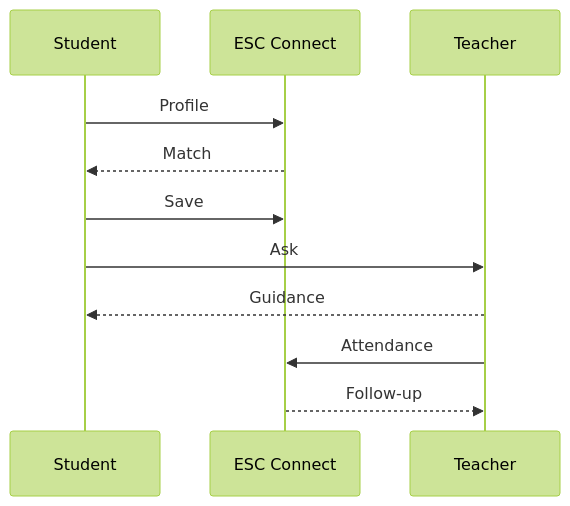
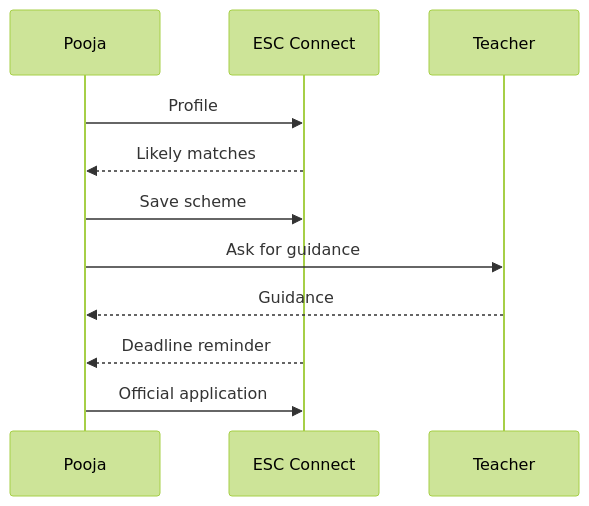
The sixth of 23 diagrams in README.md (mahik2007/hackathon), drawn with Mermaid (forest theme) before and after one commit. The commit also changed other lines of this file, not shown here.

````diff
--- a/README.md
+++ b/README.md
@@ -68,13 +99,13 @@
 ```mermaid
 sequenceDiagram
-    participant P as Student
+    participant P as Pooja
     participant E as ESC Connect
     participant T as Teacher
     P->>E: Profile
-    E-->>P: Match
-    P->>E: Save
-    P->>T: Ask
+    E-->>P: Likely matches
+    P->>E: Save scheme
+    P->>T: Ask for guidance
     T-->>P: Guidance
-    T->>E: Attendance
-    E-->>T: Follow-up
+    E-->>P: Deadline reminder
+    P->>E: Official application
 ```
````
